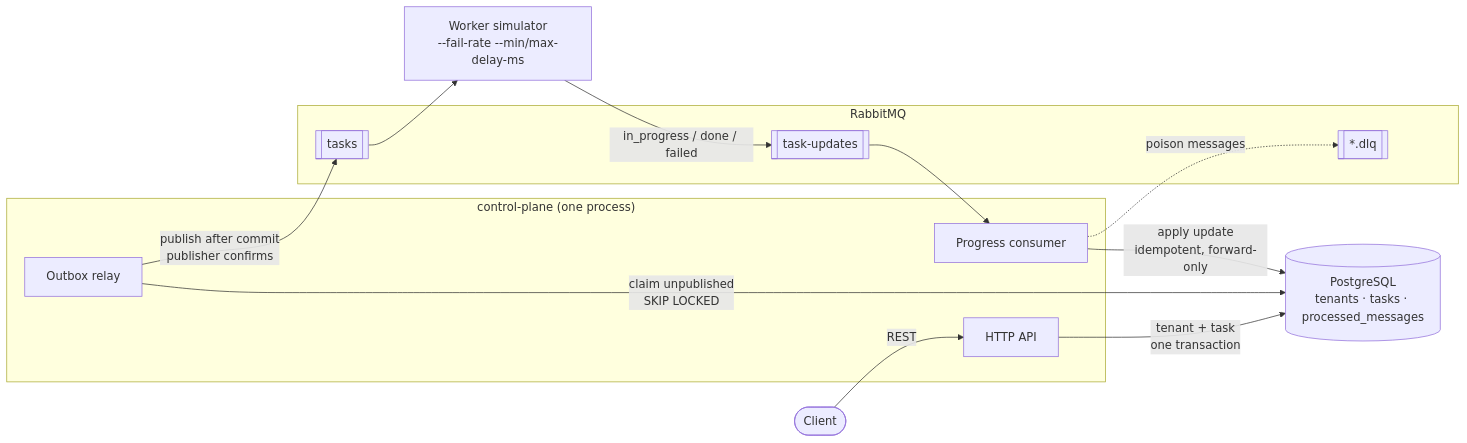
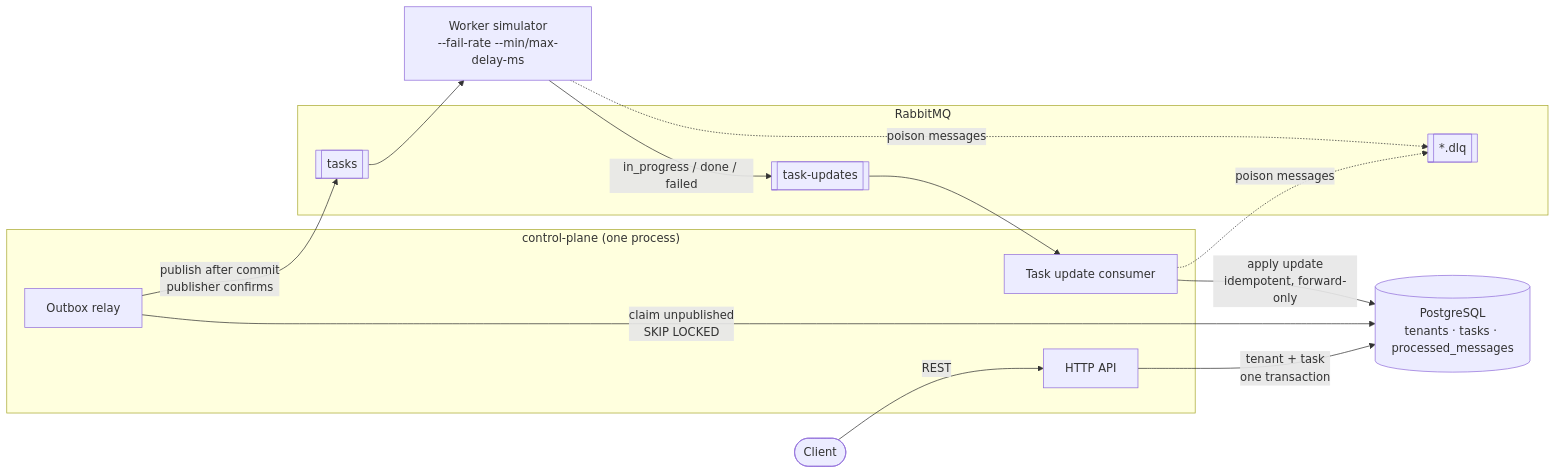
Before and after one commit to jyengk/multi-tenant-control-plane: the first of 5 diagrams in README.md, drawn with Mermaid. The commit also changed other lines of this file, not shown here.

````diff
--- a/README.md
+++ b/README.md
@@ -77,30 +77,31 @@
 ```mermaid
 flowchart LR
     client([Client])
 
     subgraph cp["control-plane (one process)"]
         api["HTTP API"]
         relay["Outbox relay"]
-        consumer["Progress consumer"]
+        consumer["Task update consumer"]
     end
 
     db[("PostgreSQL<br/>tenants · tasks · processed_messages")]
 
     subgraph mq["RabbitMQ"]
         qt[["tasks"]]
         qu[["task-updates"]]
         dlq[["*.dlq"]]
     end
 
     worker["Worker simulator<br/>--fail-rate --min/max-delay-ms"]
 
     client -- "REST" --> api
     api -- "tenant + task<br/>one transaction" --> db
     relay -- "claim unpublished<br/>SKIP LOCKED" --> db
     relay -- "publish after commit<br/>publisher confirms" --> qt
     qt --> worker
     worker -- "in_progress / done / failed" --> qu
     qu --> consumer
     consumer -- "apply update<br/>idempotent, forward-only" --> db
     consumer -. "poison messages" .-> dlq
+    worker -. "poison messages" .-> dlq
 ```
````
